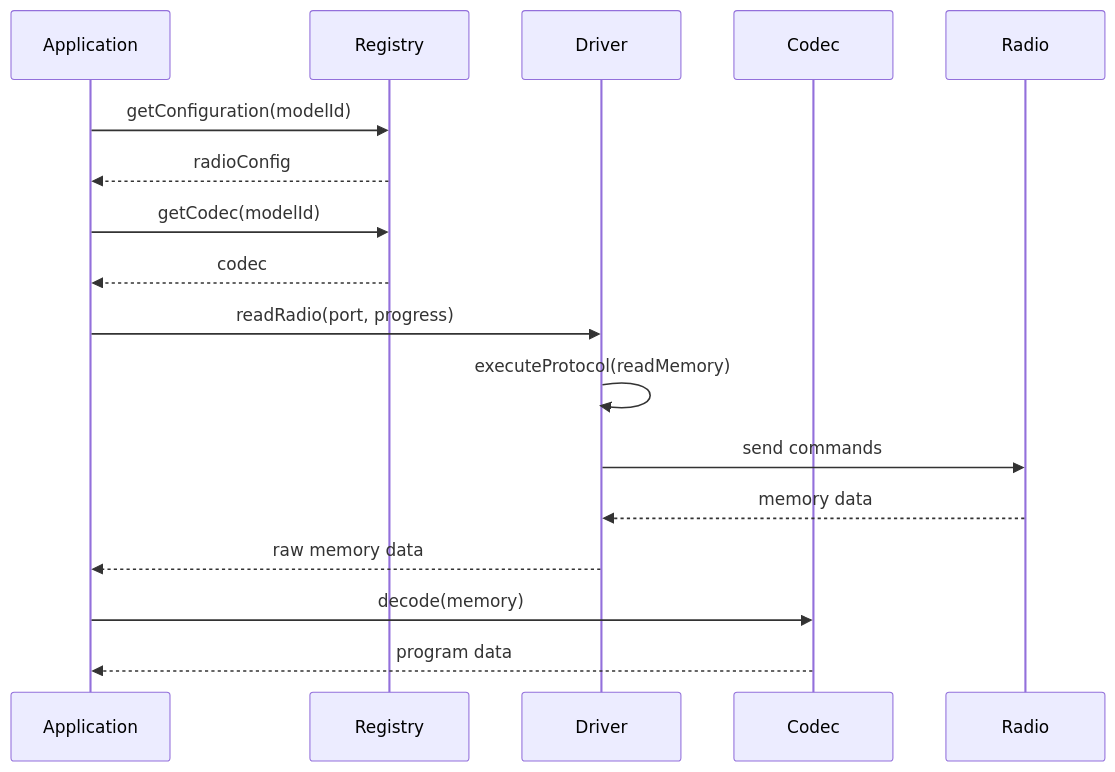
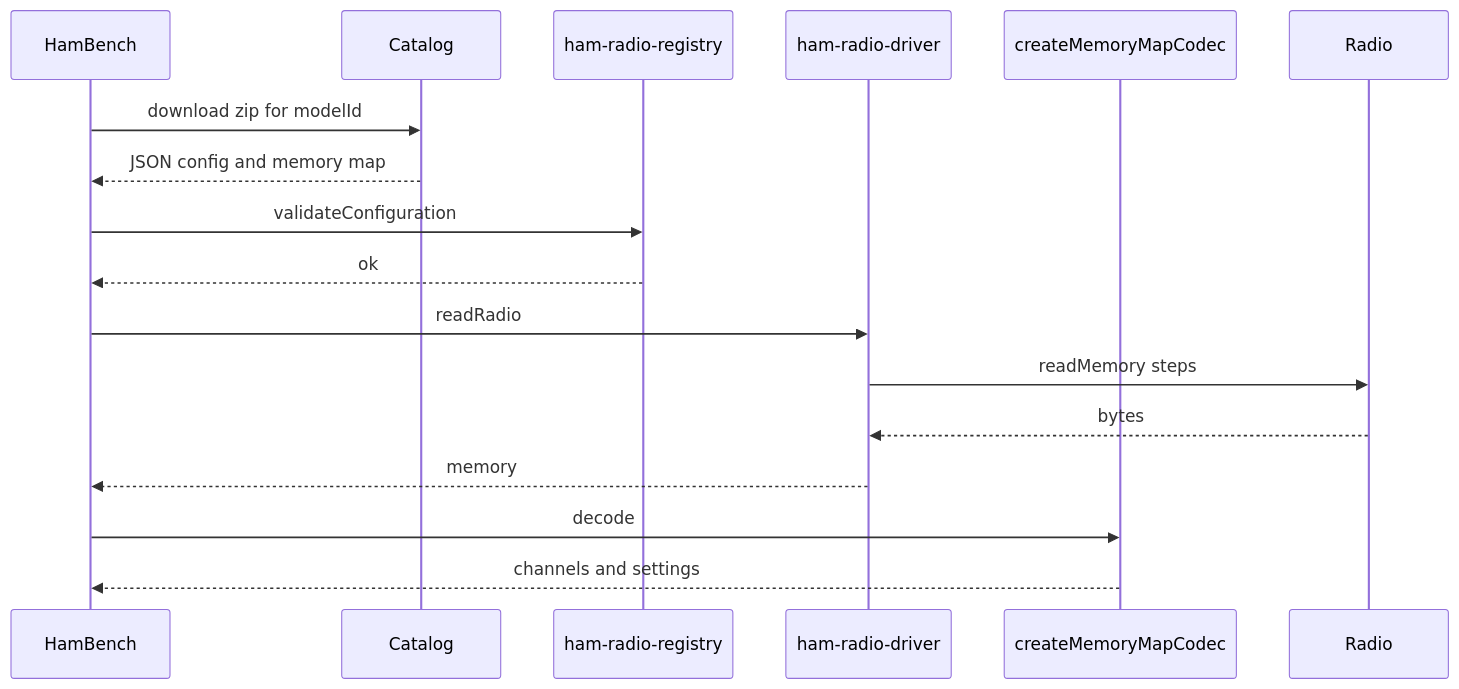
One commit to springfield-ham-radio/ham-radio-docs changed the second of 4 diagrams in docs/developer/architecture.md. Above: the diagram before and after it, drawn with Mermaid. The commit also changed other lines of this file and 47 other files, not shown here.

First line of the commit message:
docs: guide manufacturers through a HamBench radio driver (#31)

````diff
--- a/docs/developer/architecture.md
+++ b/docs/developer/architecture.md
@@ -257,22 +196,19 @@
 ```mermaid
 sequenceDiagram
-    participant App as Application
-    participant Registry as Registry
-    participant Driver as Driver
-    participant Codec as Codec
-    participant Radio as Radio
-    
-    App->>Registry: getConfiguration(modelId)
-    Registry-->>App: radioConfig
-    App->>Registry: getCodec(modelId)
-    Registry-->>App: codec
-    
-    App->>Driver: readRadio(port, progress)
-    Driver->>Driver: executeProtocol(readMemory)
-    Driver->>Radio: send commands
-    Radio-->>Driver: memory data
-    Driver-->>App: raw memory data
-    
-    App->>Codec: decode(memory)
-    Codec-->>App: program data
+  participant App as HamBench
+  participant Cat as Catalog
+  participant Reg as ham-radio-registry
+  participant Driver as ham-radio-driver
+  participant Codec as createMemoryMapCodec
+  participant Radio as Radio
+  App->>Cat: download zip for modelId
+  Cat-->>App: JSON config and memory map
+  App->>Reg: validateConfiguration
+  Reg-->>App: ok
+  App->>Driver: readRadio
+  Driver->>Radio: readMemory steps
+  Radio-->>Driver: bytes
+  Driver-->>App: memory
+  App->>Codec: decode
+  Codec-->>App: channels and settings
 ```
````
